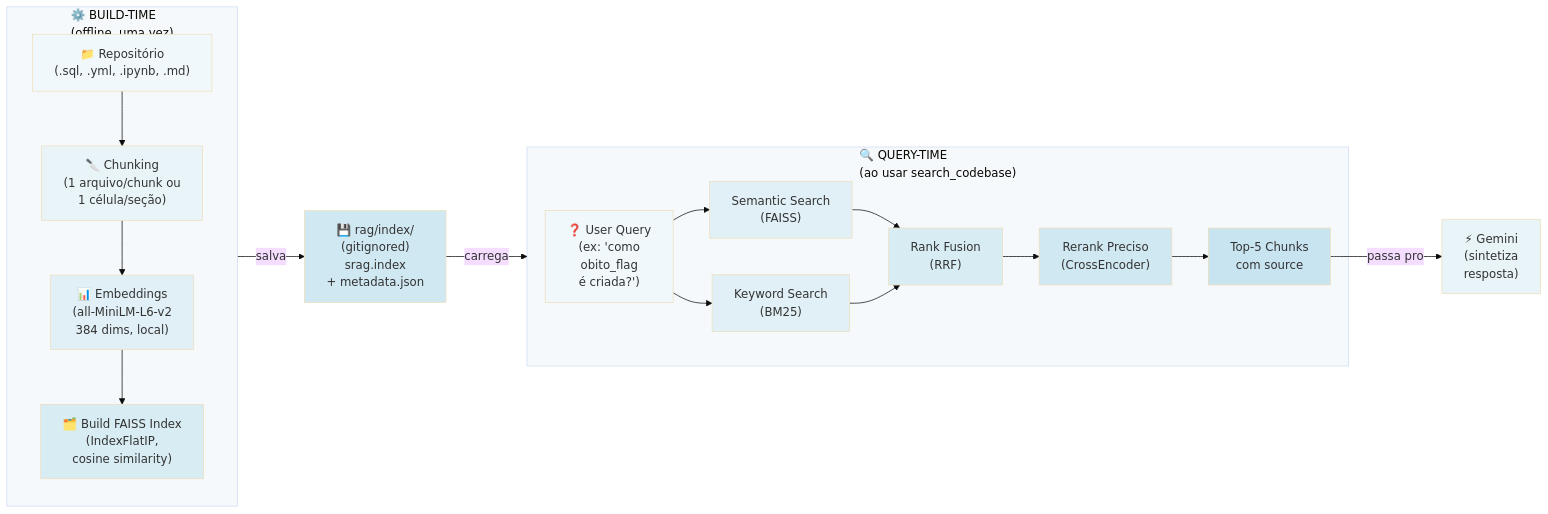
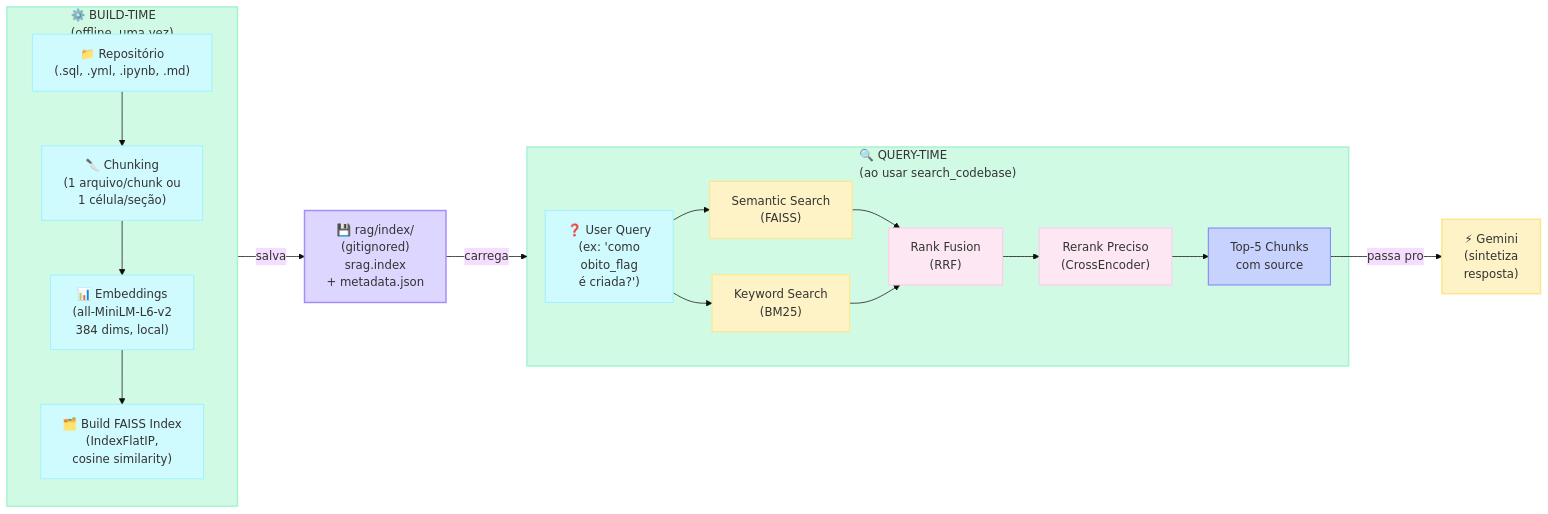
Before and after one commit to eduardo-ebdl/lupus: the second of 2 diagrams in README.md, drawn with Mermaid (base theme). The commit also changed other lines of this file and 6 other files, not shown here.

````diff
--- a/README.md
+++ b/README.md
@@ -114,47 +143,47 @@
 ```mermaid
 flowchart LR
     subgraph Build["⚙️ BUILD-TIME<br/>(offline, uma vez)"]
         Repo["📁 Repositório<br/>(.sql, .yml, .ipynb, .md)"]
         Chunk["🔪 Chunking<br/>(1 arquivo/chunk ou<br/>1 célula/seção)"]
         Embed["📊 Embeddings<br/>(all-MiniLM-L6-v2<br/>384 dims, local)"]
         Index["🗂️ Build FAISS Index<br/>(IndexFlatIP,<br/>cosine similarity)"]
         
         Repo --> Chunk --> Embed --> Index
     end
     
     Build -->|salva| Store["💾 rag/index/<br/>(gitignored)<br/>srag.index<br/>+ metadata.json"]
     
     subgraph Query["🔍 QUERY-TIME<br/>(ao usar search_codebase)"]
         Input["❓ User Query<br/>(ex: 'como<br/>obito_flag<br/>é criada?')"]
         
         Semantic["Semantic Search<br/>(FAISS)"]
         Keyword["Keyword Search<br/>(BM25)"]
         Fusion["Rank Fusion<br/>(RRF)"]
         Rerank["Rerank Preciso<br/>(CrossEncoder)"]
         Result["Top-5 Chunks<br/>com source"]
         
         Input --> Semantic
         Input --> Keyword
         Semantic --> Fusion
         Keyword --> Fusion
         Fusion --> Rerank --> Result
     end
     
     Store -->|carrega| Query
     Result -->|passa pro| LLM["⚡ Gemini<br/>(sintetiza<br/>resposta)"]
     
-    style Build fill:#f5f9fc
-    style Repo fill:#f0f8fc
-    style Chunk fill:#e8f4f8
-    style Embed fill:#e0f0f6
-    style Index fill:#d8ecf4
-    style Store fill:#d0e8f2
-    style Query fill:#f5f9fc
-    style Input fill:#f0f8fc
-    style Semantic fill:#e0f0f6
-    style Keyword fill:#e0f0f6
-    style Fusion fill:#d8ecf4
-    style Rerank fill:#d0e8f2
-    style Result fill:#c8e4f0
-    style LLM fill:#e8f4f8
+    style Build fill:#d1fae5,stroke:#a7f3d0,stroke-width:2px,color:#333
+    style Repo fill:#cffafe,stroke:#a5f3fc,stroke-width:1.5px,color:#333
+    style Chunk fill:#cffafe,stroke:#a5f3fc,stroke-width:1.5px,color:#333
+    style Embed fill:#cffafe,stroke:#a5f3fc,stroke-width:1.5px,color:#333
+    style Index fill:#cffafe,stroke:#a5f3fc,stroke-width:1.5px,color:#333
+    style Store fill:#ddd6fe,stroke:#a78bfa,stroke-width:2px,color:#333
+    style Query fill:#d1fae5,stroke:#a7f3d0,stroke-width:2px,color:#333
+    style Input fill:#cffafe,stroke:#a5f3fc,stroke-width:1.5px,color:#333
+    style Semantic fill:#fef3c7,stroke:#fde68a,stroke-width:1.5px,color:#333
+    style Keyword fill:#fef3c7,stroke:#fde68a,stroke-width:1.5px,color:#333
+    style Fusion fill:#fce7f3,stroke:#fbcfe8,stroke-width:1.5px,color:#333
+    style Rerank fill:#fce7f3,stroke:#fbcfe8,stroke-width:1.5px,color:#333
+    style Result fill:#c7d2fe,stroke:#818cf8,stroke-width:1.5px,color:#333
+    style LLM fill:#fef3c7,stroke:#fde68a,stroke-width:2px,color:#333
 ```
````
